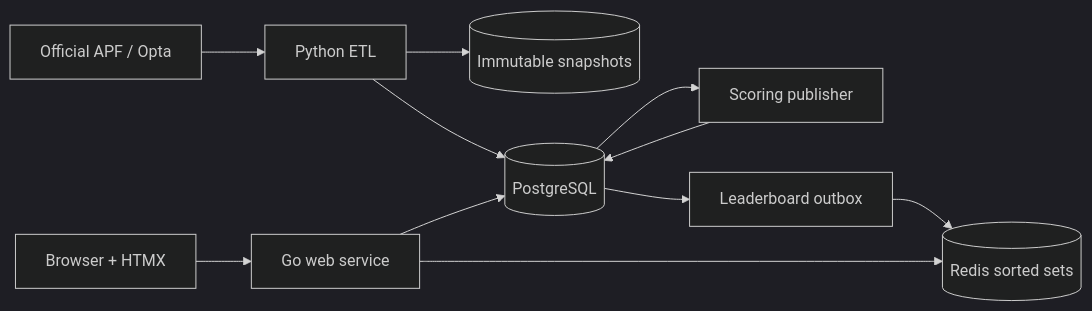
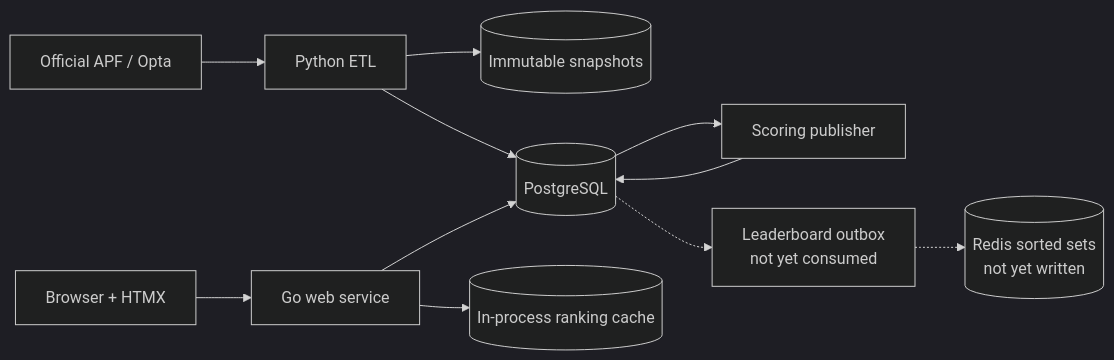
Before and after one commit to Ssrrb/go-football: the diagram in docs/architecture.md, drawn with Mermaid (dark theme). The commit also changed other lines of this file and 17 other files, not shown here.

````diff
--- a/docs/architecture.md
+++ b/docs/architecture.md
@@ -7,13 +7,13 @@
 ```mermaid
 flowchart LR
     APF[Official APF / Opta] --> ETL[Python ETL]
     ETL --> RAW[(Immutable snapshots)]
     ETL --> PG[(PostgreSQL)]
     PG --> SCORE[Scoring publisher]
     SCORE --> PG
-    PG --> OUTBOX[Leaderboard outbox]
-    OUTBOX --> REDIS[(Redis sorted sets)]
+    PG -.-> OUTBOX[Leaderboard outbox<br/>not yet consumed]
+    OUTBOX -.-> REDIS[(Redis sorted sets<br/>not yet written)]
     BROWSER[Browser + HTMX] --> GO[Go web service]
-    GO --> REDIS
+    GO --> MEM[(In-process ranking cache)]
     GO --> PG
 ```
````
